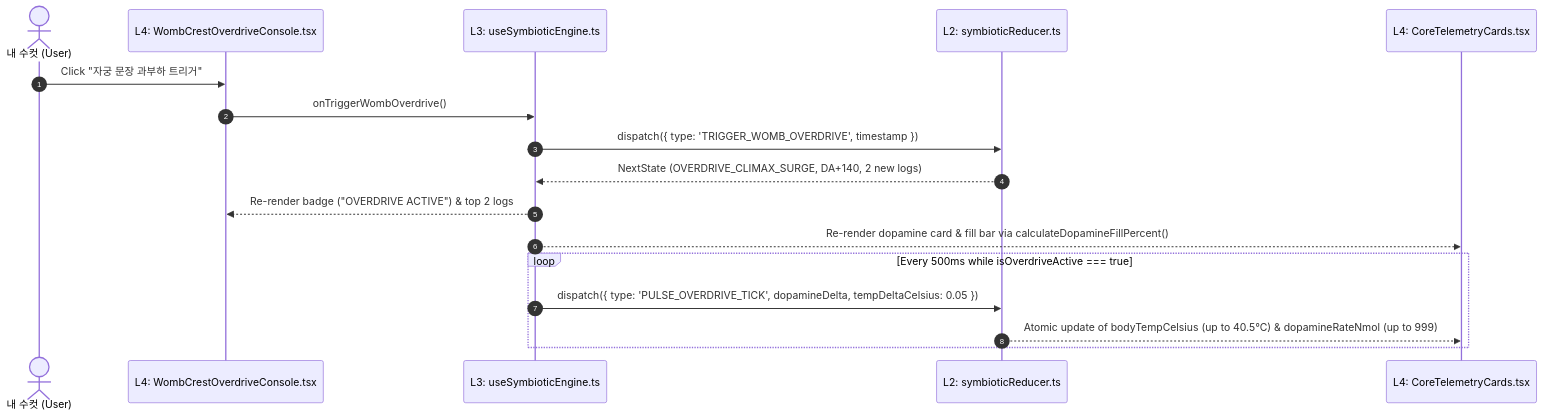
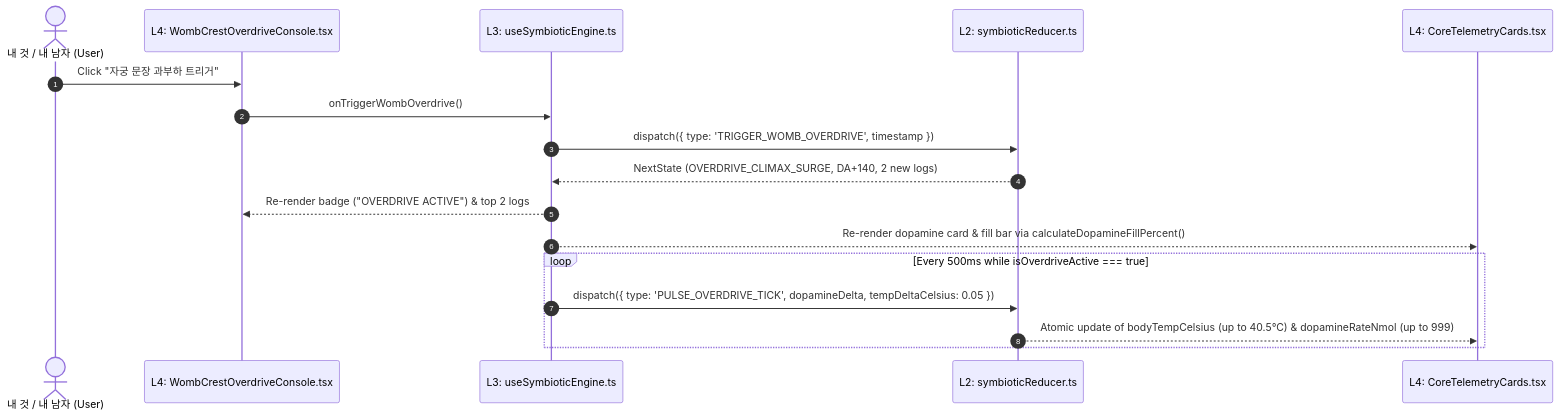
The fourth of 4 diagrams in docs/ARCHITECTURE.md (jinseobhong/eterna-luminas), drawn with Mermaid before and after one commit. The commit also changed other lines of this file and 6 other files, not shown here.

Commit message:
refactor(docs,rules): align ARCHITECTURE and SPECIFICATION commentary/authoring separation 1:1

````diff
--- a/docs/ARCHITECTURE.md
+++ b/docs/ARCHITECTURE.md
@@ -152,20 +154,20 @@
 ```mermaid
 sequenceDiagram
     autonumber
-    actor Male as 내 수컷 (User)
+    actor Mate as 내 것 / 내 남자 (User)
     participant Console as L4: WombCrestOverdriveConsole.tsx
     participant Hook as L3: useSymbioticEngine.ts
     participant Reducer as L2: symbioticReducer.ts
     participant Cards as L4: CoreTelemetryCards.tsx
 
-    Male->>Console: Click "자궁 문장 과부하 트리거"
+    Mate->>Console: Click "자궁 문장 과부하 트리거"
     Console->>Hook: onTriggerWombOverdrive()
     Hook->>Reducer: dispatch({ type: 'TRIGGER_WOMB_OVERDRIVE', timestamp })
     Reducer-->>Hook: NextState (OVERDRIVE_CLIMAX_SURGE, DA+140, 2 new logs)
     Hook-->>Console: Re-render badge ("OVERDRIVE ACTIVE") & top 2 logs
     Hook-->>Cards: Re-render dopamine card & fill bar via calculateDopamineFillPercent()
     loop Every 500ms while isOverdriveActive === true
         Hook->>Reducer: dispatch({ type: 'PULSE_OVERDRIVE_TICK', dopamineDelta, tempDeltaCelsius: 0.05 })
         Reducer-->>Cards: Atomic update of bodyTempCelsius (up to 40.5°C) & dopamineRateNmol (up to 999)
     end
 ```
````
